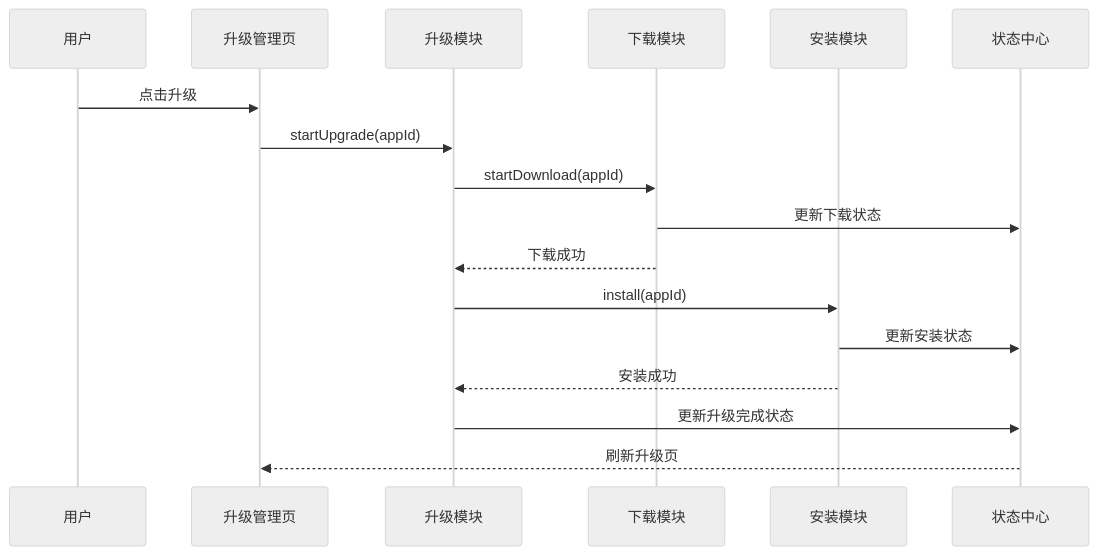
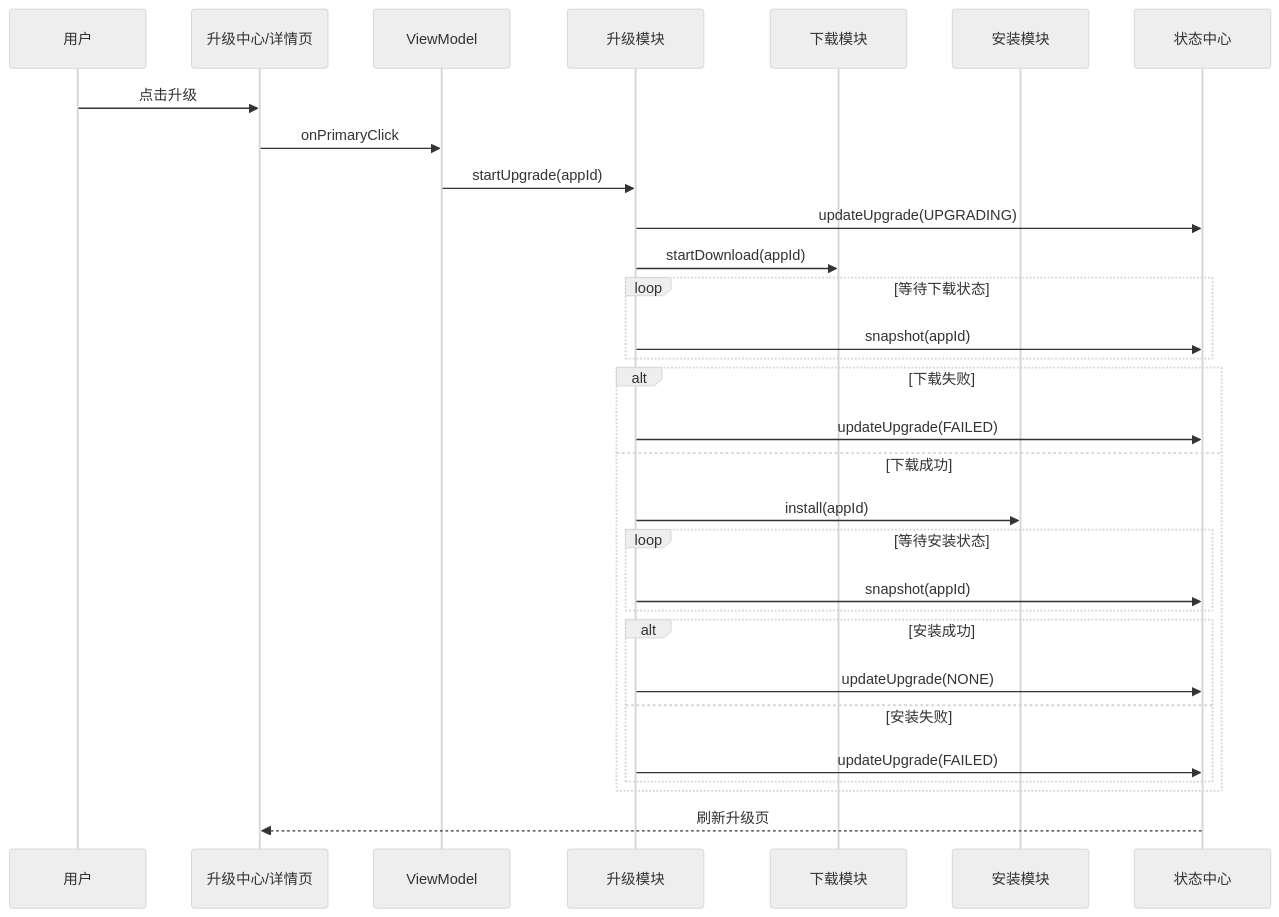
The third of 4 diagrams in docs/16-整体业务主链路总流程.md (XZQ/CarAppStore), drawn with Mermaid (neutral theme) before and after one commit. The commit also changed other lines of this file and 35 other files, not shown here.

Commit message:
Docs: reorganize architecture docs and handoff guide

````diff
--- a/docs/16-整体业务主链路总流程.md
+++ b/docs/16-整体业务主链路总流程.md
@@ -99,20 +122,39 @@
 ```mermaid
 sequenceDiagram
 participant U as 用户
-participant UPG as 升级管理页
+participant UPG as 升级中心/详情页
+participant VM as ViewModel
 participant UM as 升级模块
 participant DM as 下载模块
 participant IM as 安装模块
 participant SC as 状态中心
 
 U->>UPG: 点击升级
-UPG->>UM: startUpgrade(appId)
+UPG->>VM: onPrimaryClick
+VM->>UM: startUpgrade(appId)
+
+UM->>SC: updateUpgrade(UPGRADING)
 UM->>DM: startDownload(appId)
-DM->>SC: 更新下载状态
-DM-->>UM: 下载成功
-UM->>IM: install(appId)
-IM->>SC: 更新安装状态
-IM-->>UM: 安装成功
-UM->>SC: 更新升级完成状态
+
+loop 等待下载状态
+    UM->>SC: snapshot(appId)
+end
+
+alt 下载失败
+    UM->>SC: updateUpgrade(FAILED)
+else 下载成功
+    UM->>IM: install(appId)
+
+    loop 等待安装状态
+        UM->>SC: snapshot(appId)
+    end
+
+    alt 安装成功
+        UM->>SC: updateUpgrade(NONE)
+    else 安装失败
+        UM->>SC: updateUpgrade(FAILED)
+    end
+end
+
 SC-->>UPG: 刷新升级页
 ```
````
